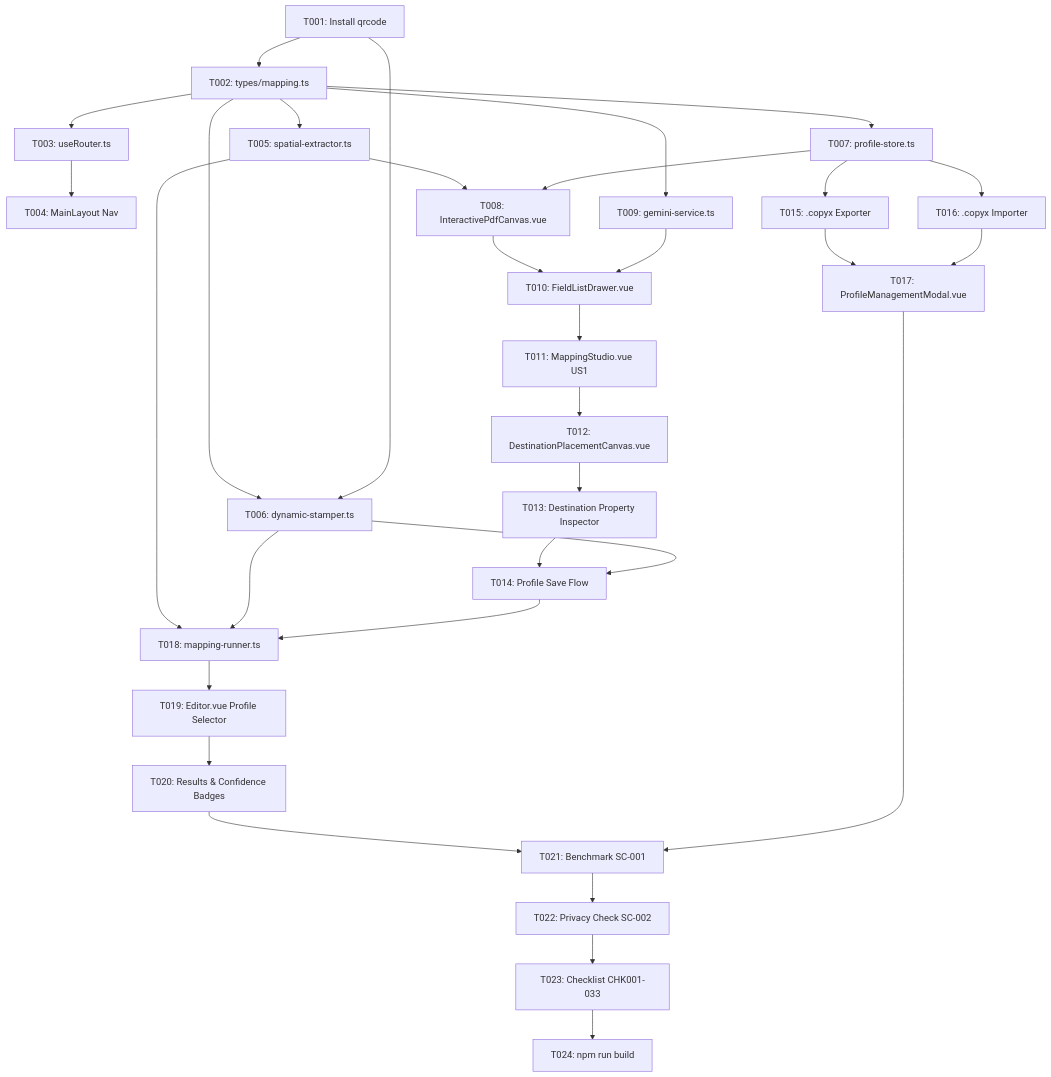
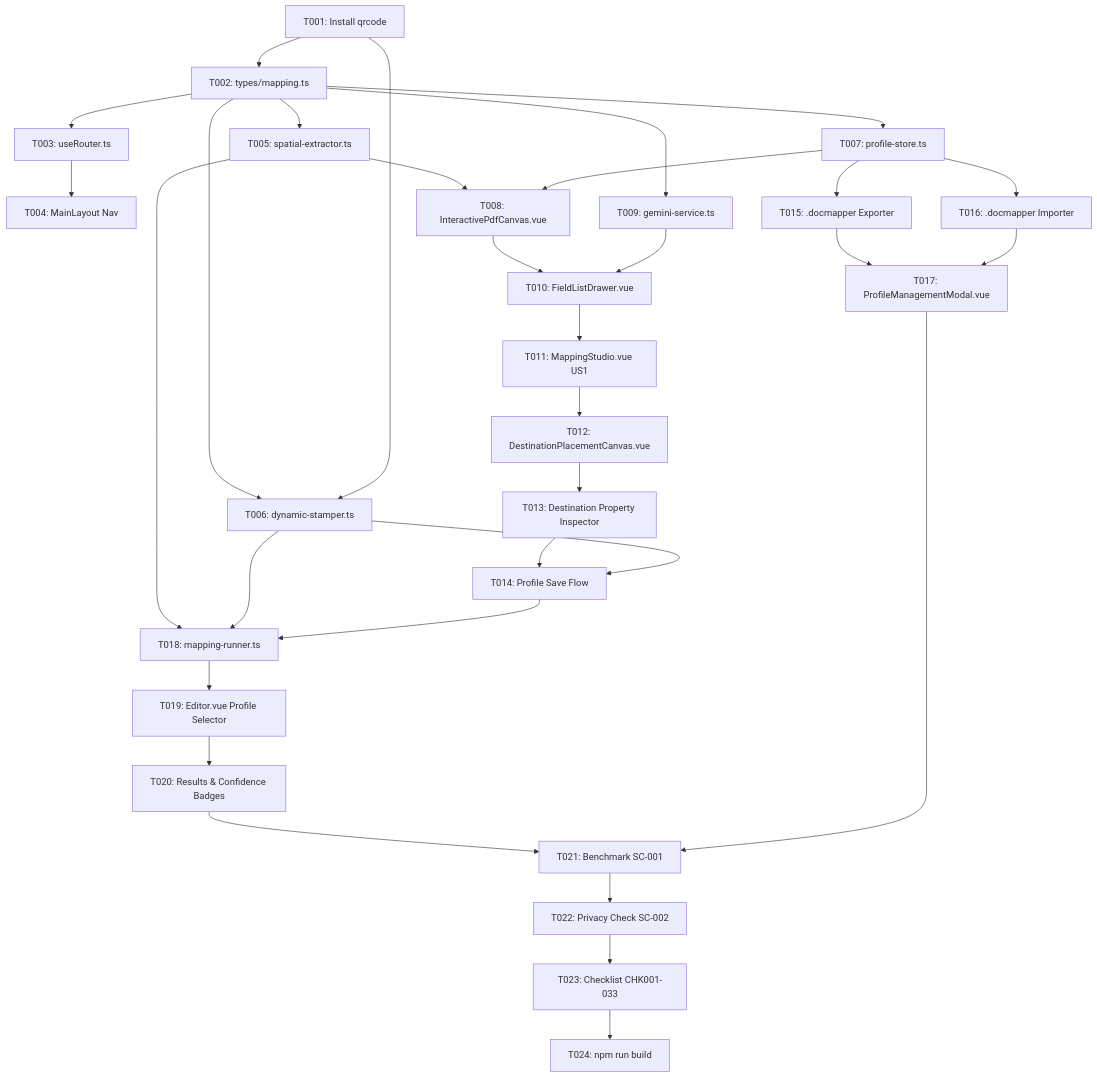
Before and after one commit to Levix-Digital/DocMapper: the diagram in specs/005-llm-extraction-and-mapping/tasks.md, drawn with Mermaid. The commit also changed other lines of this file and 24 other files, not shown here.

````diff
--- a/specs/005-llm-extraction-and-mapping/tasks.md
+++ b/specs/005-llm-extraction-and-mapping/tasks.md
@@ -109,31 +109,31 @@
 ```mermaid
 graph TD
     T001[T001: Install qrcode] --> T002[T002: types/mapping.ts]
     T002 --> T003[T003: useRouter.ts]
     T003 --> T004[T004: MainLayout Nav]
     T002 --> T005[T005: spatial-extractor.ts]
     T002 & T001 --> T006[T006: dynamic-stamper.ts]
     T002 --> T007[T007: profile-store.ts]
     
     T005 & T007 --> T008[T008: InteractivePdfCanvas.vue]
     T002 --> T009[T009: gemini-service.ts]
     T008 & T009 --> T010[T010: FieldListDrawer.vue]
     T010 --> T011[T011: MappingStudio.vue US1]
     
     T011 --> T012[T012: DestinationPlacementCanvas.vue]
     T012 --> T013[T013: Destination Property Inspector]
     T013 & T006 --> T014[T014: Profile Save Flow]
     
-    T007 --> T015[T015: .copyx Exporter]
-    T007 --> T016[T016: .copyx Importer]
+    T007 --> T015[T015: .docmapper Exporter]
+    T007 --> T016[T016: .docmapper Importer]
     T015 & T016 --> T017[T017: ProfileManagementModal.vue]
     
     T005 & T006 & T014 --> T018[T018: mapping-runner.ts]
     T018 --> T019[T019: Editor.vue Profile Selector]
     T019 --> T020[T020: Results & Confidence Badges]
     
     T020 & T017 --> T021[T021: Benchmark SC-001]
     T021 --> T022[T022: Privacy Check SC-002]
     T022 --> T023[T023: Checklist CHK001-033]
     T023 --> T024[T024: npm run build]
 ```
````
